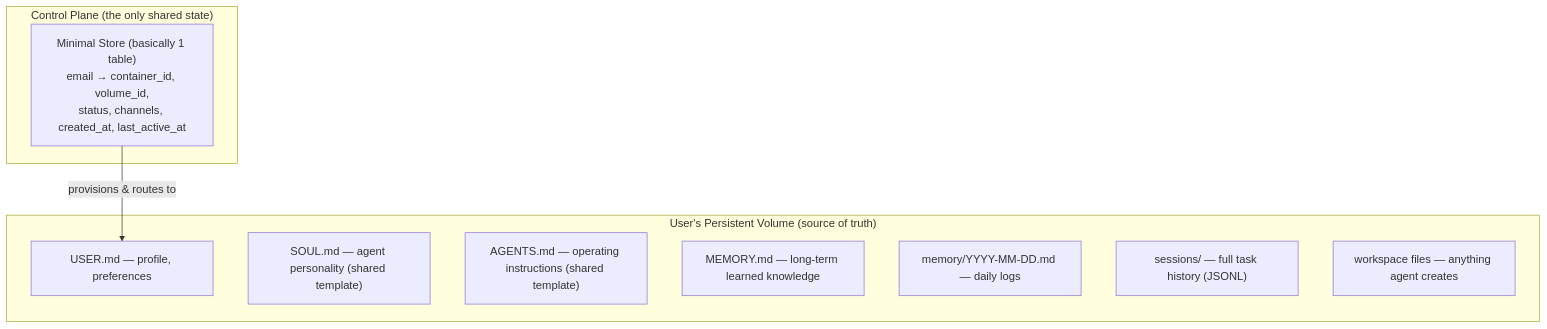
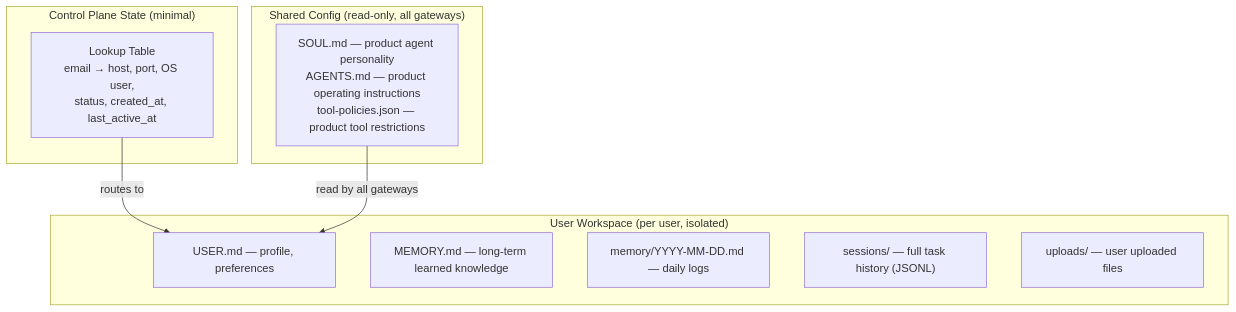
The fifth of 5 diagrams in brainstorm/02-architecture.md (1qh/claw), drawn with Mermaid before and after one commit. The commit also changed other lines of this file, not shown here.

Commit message:
Revise architecture: multi-gateway per host instead of containers

````diff
--- a/brainstorm/02-architecture.md
+++ b/brainstorm/02-architecture.md
@@ -129,18 +178,21 @@
 ```mermaid
 graph TB
-    subgraph "Control Plane (the only shared state)"
-        DB["Minimal Store (basically 1 table)<br/>email → container_id, volume_id,<br/>status, channels, created_at, last_active_at"]
+    subgraph "Control Plane State (minimal)"
+        DB["Lookup Table<br/>email → host, port, OS user,<br/>status, created_at, last_active_at"]
     end
 
-    subgraph "User's Persistent Volume (source of truth)"
+    subgraph "Shared Config (read-only, all gateways)"
+        SC["SOUL.md — product agent personality<br/>AGENTS.md — product operating instructions<br/>tool-policies.json — product tool restrictions"]
+    end
+
+    subgraph "User Workspace (per user, isolated)"
         UM["USER.md — profile, preferences"]
-        SM["SOUL.md — agent personality (shared template)"]
-        AM["AGENTS.md — operating instructions (shared template)"]
         MM["MEMORY.md — long-term learned knowledge"]
         DM["memory/YYYY-MM-DD.md — daily logs"]
         SS["sessions/ — full task history (JSONL)"]
-        WF["workspace files — anything agent creates"]
+        UF["uploads/ — user uploaded files"]
     end
 
-    DB -->|"provisions & routes to"| UM
+    DB -->|"routes to"| UM
+    SC -->|"read by all gateways"| UM
 ```
````
